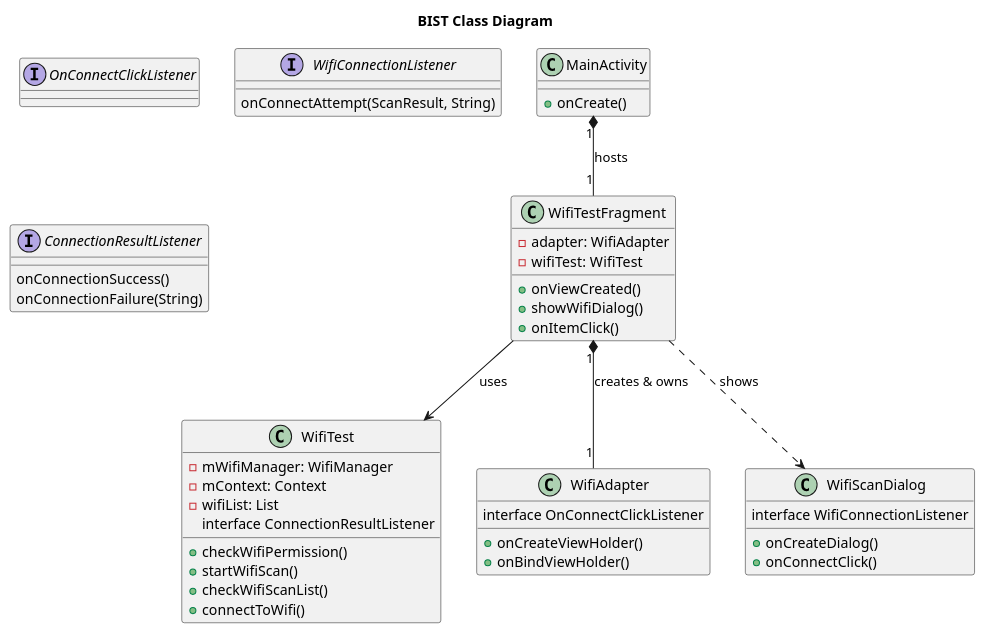
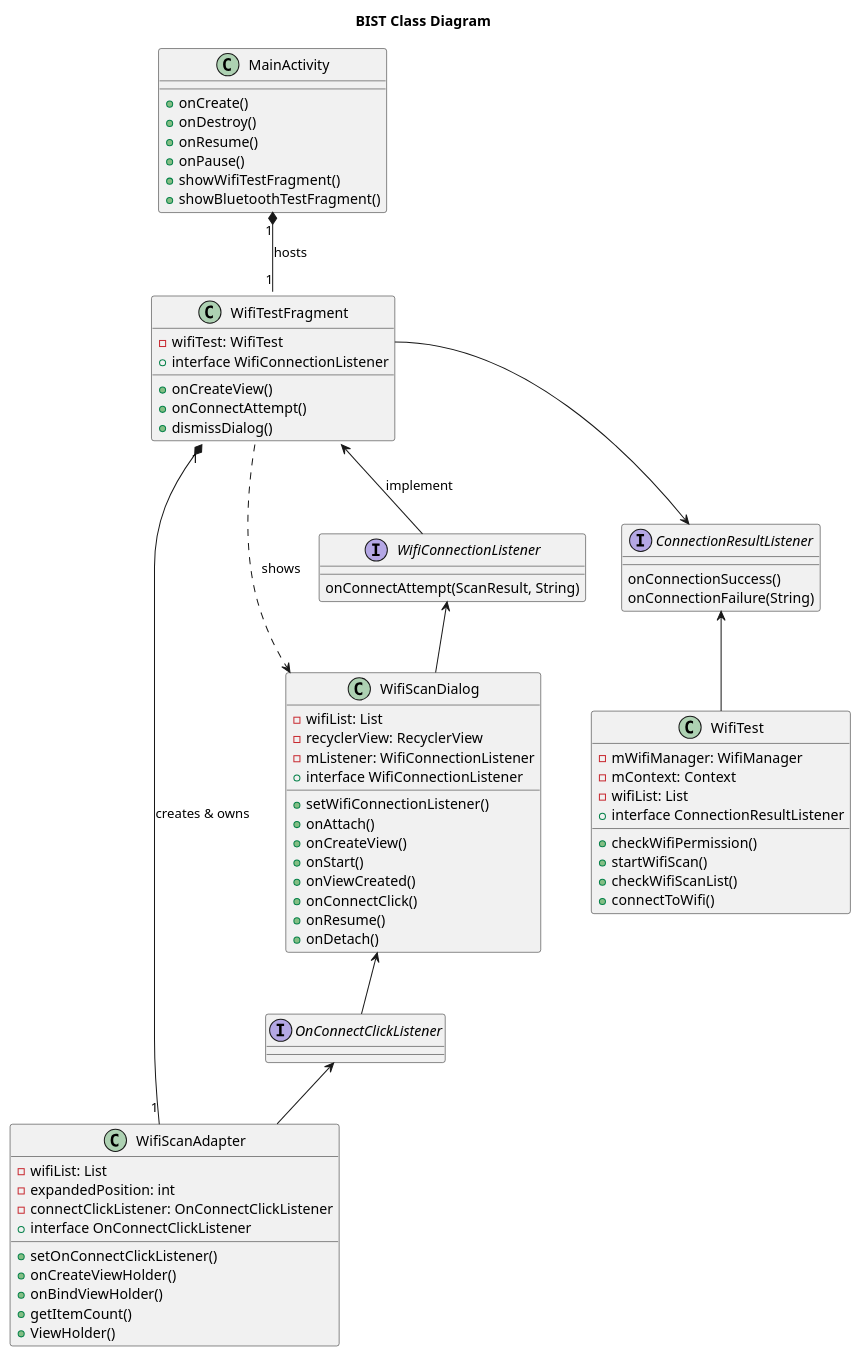
Before and after one commit to greenhelix/dev_logs: the diagram in Android/AndroidTV/app/HU_BIST/diagram.puml, drawn with PlantUML. The commit also changed 13 other files, not shown here.

```diff
--- a/Android/AndroidTV/app/HU_BIST/diagram.puml
+++ b/Android/AndroidTV/app/HU_BIST/diagram.puml
@@ -1,63 +1,93 @@
 @startuml
 
 title BIST Class Diagram
 
-  class MainActivity {
-    + onCreate()
-  }
+class MainActivity {
+  + onCreate()
+  + onDestroy()
+  + onResume()
+  + onPause()
+  + showWifiTestFragment()
+  + showBluetoothTestFragment()
+}
 
-  class WifiTestFragment {
-    - adapter: WifiAdapter
-    - wifiTest: WifiTest
-    + onViewCreated()
-    + showWifiDialog()
-    + onItemClick()
-  }
+class WifiTestFragment {
+  - wifiTest: WifiTest
+  + interface WifiConnectionListener
+  + onCreateView()
+  + onConnectAttempt()
+  + dismissDialog()
+}
 
-  class WifiTest {
-    - mWifiManager: WifiManager
-    - mContext: Context
-    - wifiList: List
-    interface ConnectionResultListener
-    + checkWifiPermission()
-    + startWifiScan()
-    + checkWifiScanList()
-    + connectToWifi()
-  }
+class WifiTest {
+  - mWifiManager: WifiManager
+  - mContext: Context
+  - wifiList: List
+  + interface ConnectionResultListener
+  + checkWifiPermission()
+  + startWifiScan()
+  + checkWifiScanList()
+  + connectToWifi()
+}
 
-  class WifiAdapter {
-    + onCreateViewHolder()
-    + onBindViewHolder()
-    interface OnConnectClickListener
-  }
+class WifiScanDialog {
+  - wifiList: List
+  - recyclerView: RecyclerView
+  - mListener: WifiConnectionListener
+  + interface WifiConnectionListener
+  + setWifiConnectionListener()
+  + onAttach()
+  + onCreateView()
+  + onStart()
+  + onViewCreated()
+  + onConnectClick()
+  + onResume()
+  + onDetach()
+}
 
-  class WifiScanDialog {
-    interface WifiConnectionListener
-    + onCreateDialog()
-    + onConnectClick()
-  }
+class WifiScanAdapter {
+  - wifiList: List
+  - expandedPosition: int
+  - connectClickListener: OnConnectClickListener
+  + interface OnConnectClickListener
+  + setOnConnectClickListener()
+  + onCreateViewHolder()
+  + onBindViewHolder()
+  + getItemCount()
+  + ViewHolder()
+}
 
-  interface OnConnectClickListener
-  interface WifiConnectionListener {
-    onConnectAttempt(ScanResult, String)
-  }
-  interface ConnectionResultListener {
-    onConnectionSuccess()
-    onConnectionFailure(String)
-  }
 
-  ' --- 관계 정의 ---
+interface OnConnectClickListener
 
-  ' MainActivity는 WifiTestFragment를 호스팅합니다. (Composition)
-  MainActivity "1" *-- "1" WifiTestFragment : hosts
+interface WifiConnectionListener {
+  onConnectAttempt(ScanResult, String)
+}
 
-  ' WifiTestFragment는 WifiAdapter를 생성하고 소유합니다. (Composition)
-  WifiTestFragment "1" *-- "1" WifiAdapter : creates & owns
+interface ConnectionResultListener {
+  onConnectionSuccess()
+  onConnectionFailure(String)
+}
 
-  ' WifiTestFragment는 WifiTest 클래스를 사용하여 비즈니스 로직을 처리합니다. (Association)
-  WifiTestFragment --> WifiTest : uses
+' --- 관계 정의 ---
 
-  ' WifiTestFragment는 사용자가 항목을 클릭하면 WifiScanDialog를 보여줍니다. (Dependency)
-  WifiTestFragment ..> WifiScanDialog : shows
+' MainActivity는 WifiTestFragment를 호스팅합니다. (Composition)
+MainActivity "1" *-- "1" WifiTestFragment : hosts
+
+' WifiTestFragment는 WifiAdapter를 생성하고 소유합니다. (Composition)
+WifiTestFragment "1" *-- "1" WifiScanAdapter : creates & owns
+
+
+' WifiTestFragment는 사용자가 항목을 클릭하면 WifiScanDialog를 보여줍니다. (Dependency)
+WifiTestFragment ..> WifiScanDialog : shows
+
+WifiTestFragment <-- WifiConnectionListener : implement
+WifiConnectionListener <-- WifiScanDialog
+
+WifiScanDialog <-- OnConnectClickListener
+OnConnectClickListener <-- WifiScanAdapter
+
+WifiTestFragment::wifiTest --> ConnectionResultListener
+ConnectionResultListener <-- WifiTest
 
 @enduml
```
